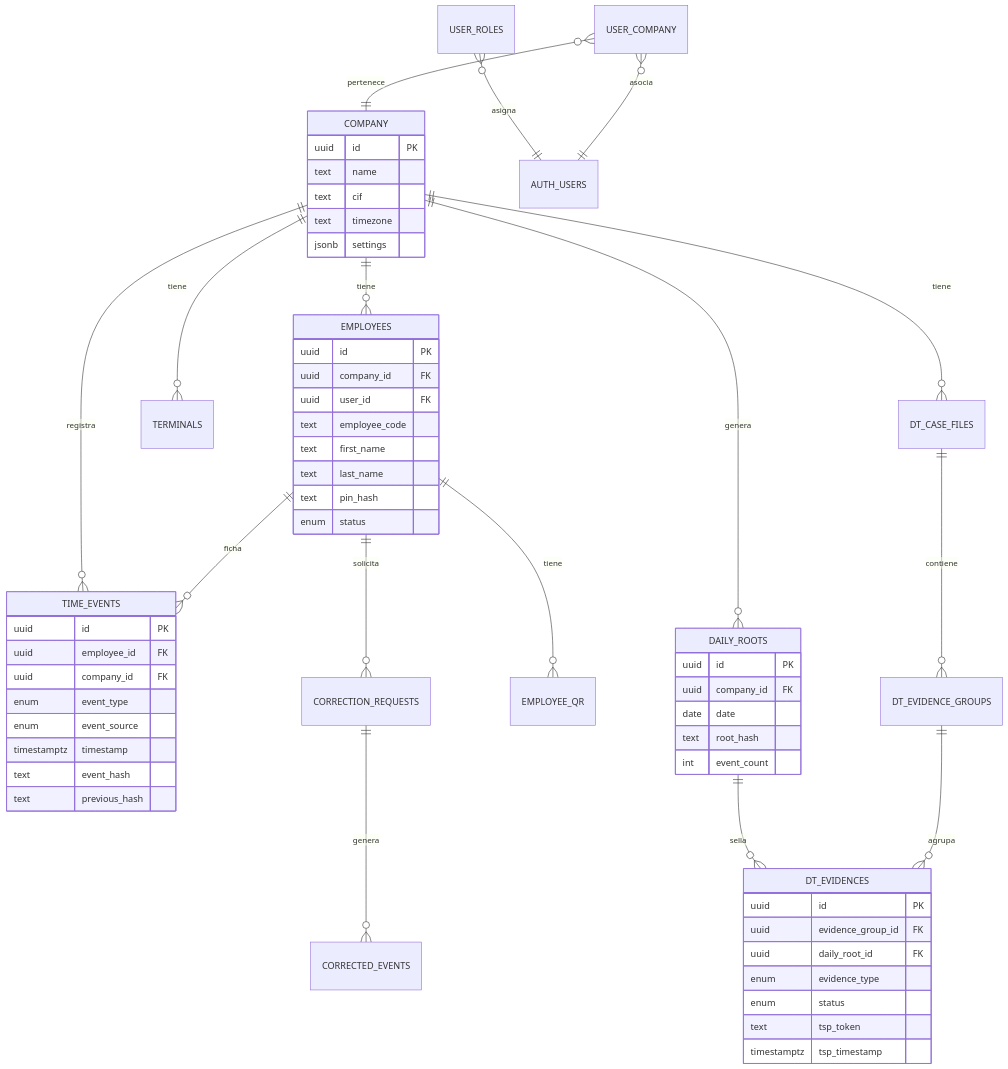
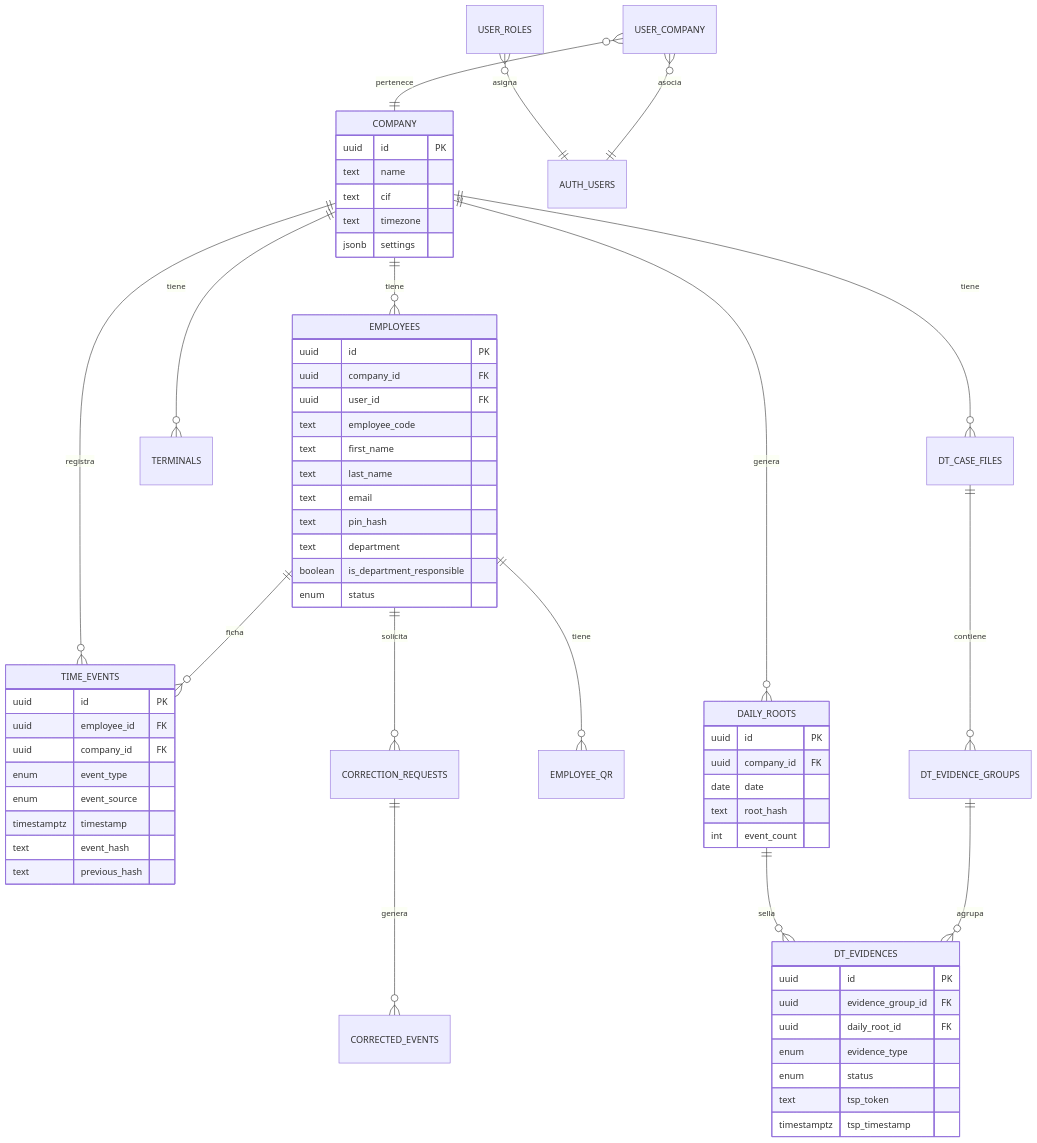
One commit to moimene/time-control-hub changed the second of 13 diagrams in README.md. Above: the diagram before and after it, drawn with Mermaid. The commit also changed other lines of this file, not shown here.

````diff
--- a/README.md
+++ b/README.md
@@ -114,70 +121,73 @@
 ```mermaid
 erDiagram
     COMPANY ||--o{ EMPLOYEES : "tiene"
     COMPANY ||--o{ TERMINALS : "tiene"
     COMPANY ||--o{ TIME_EVENTS : "registra"
     COMPANY ||--o{ DAILY_ROOTS : "genera"
     COMPANY ||--o{ DT_CASE_FILES : "tiene"
     
     EMPLOYEES ||--o{ TIME_EVENTS : "ficha"
     EMPLOYEES ||--o{ EMPLOYEE_QR : "tiene"
     EMPLOYEES ||--o{ CORRECTION_REQUESTS : "solicita"
     
     DAILY_ROOTS ||--o{ DT_EVIDENCES : "sella"
     DT_CASE_FILES ||--o{ DT_EVIDENCE_GROUPS : "contiene"
     DT_EVIDENCE_GROUPS ||--o{ DT_EVIDENCES : "agrupa"
     
     CORRECTION_REQUESTS ||--o{ CORRECTED_EVENTS : "genera"
     
     USER_ROLES }o--|| AUTH_USERS : "asigna"
     USER_COMPANY }o--|| AUTH_USERS : "asocia"
     USER_COMPANY }o--|| COMPANY : "pertenece"
 
     COMPANY {
         uuid id PK
         text name
         text cif
         text timezone
         jsonb settings
     }
     
     EMPLOYEES {
         uuid id PK
         uuid company_id FK
         uuid user_id FK
         text employee_code
         text first_name
         text last_name
+        text email
         text pin_hash
+        text department
+        boolean is_department_responsible
         enum status
     }
     
     TIME_EVENTS {
         uuid id PK
         uuid employee_id FK
         uuid company_id FK
         enum event_type
         enum event_source
         timestamptz timestamp
         text event_hash
         text previous_hash
     }
     
     DAILY_ROOTS {
         uuid id PK
         uuid company_id FK
         date date
         text root_hash
         int event_count
     }
     
     DT_EVIDENCES {
         uuid id PK
         uuid evidence_group_id FK
         uuid daily_root_id FK
         enum evidence_type
         enum status
         text tsp_token
         timestamptz tsp_timestamp
     }
 ```
````
